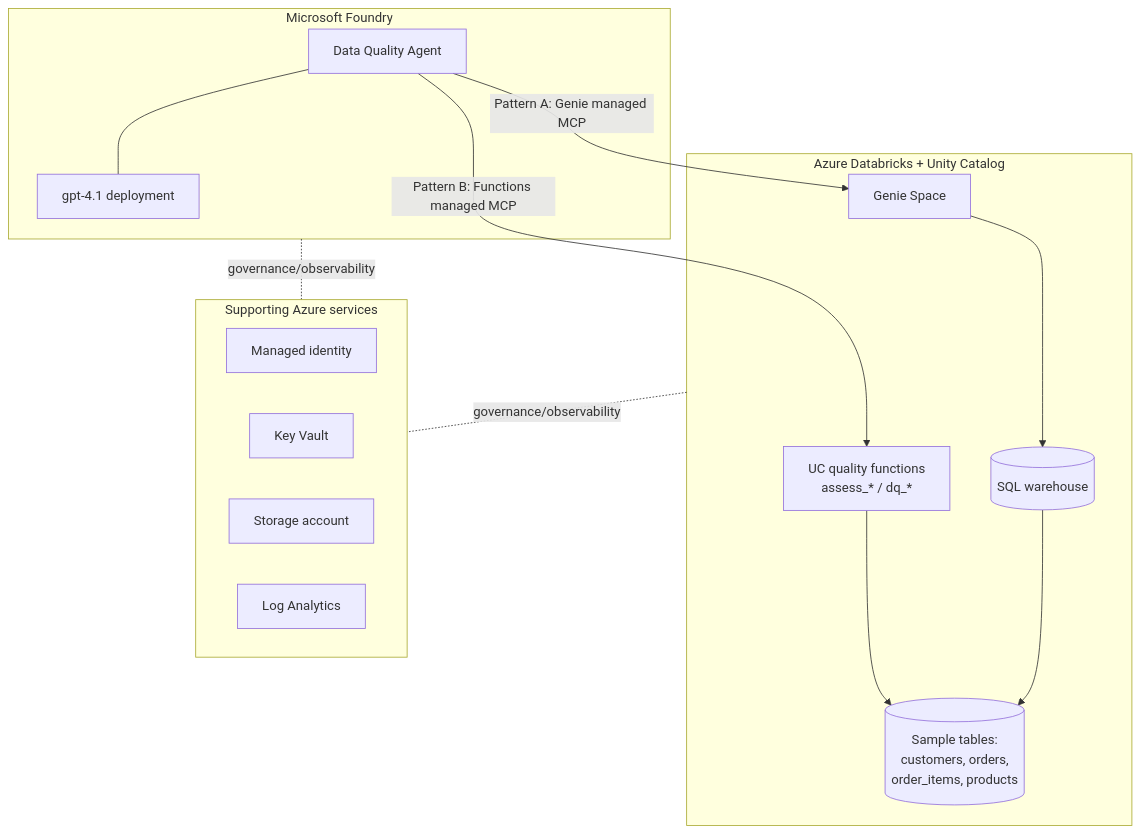
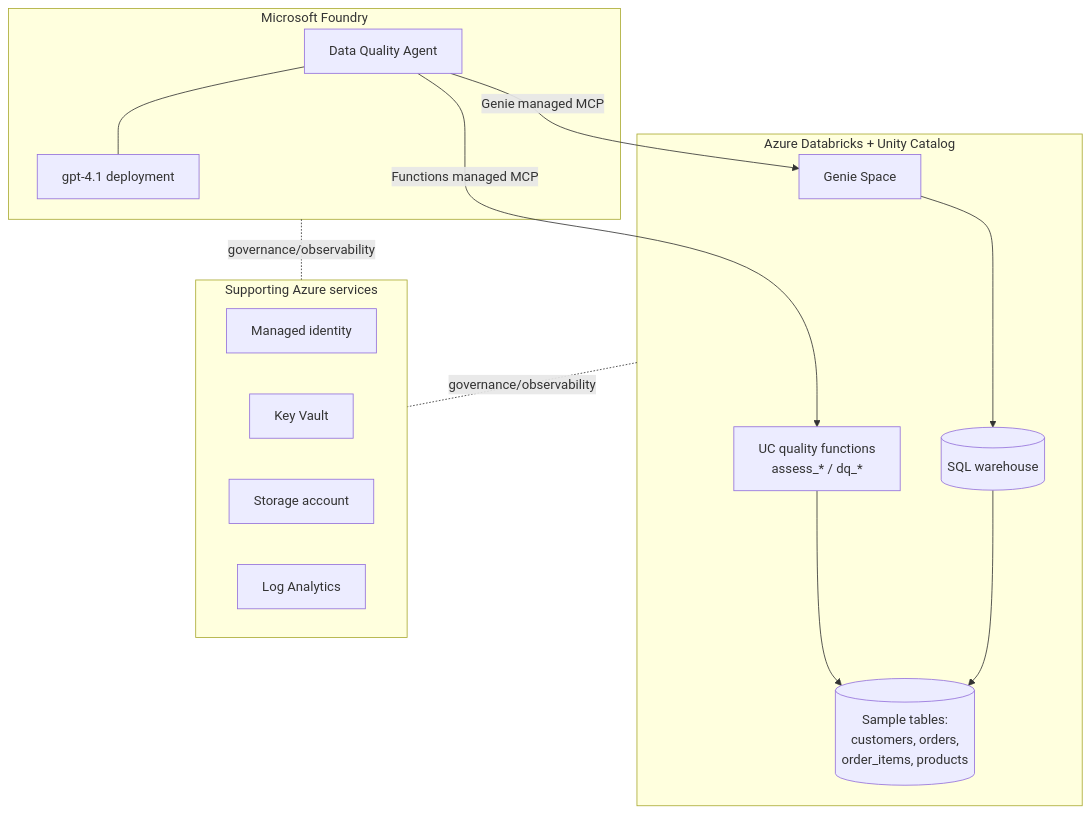
One commit to acworkma/foundry-databricks changed the diagram in docs/architecture.md. Above: the diagram before and after it, drawn with Mermaid. The commit also changed other lines of this file and 17 other files, not shown here.

````diff
--- a/docs/architecture.md
+++ b/docs/architecture.md
@@ -9,30 +9,30 @@
 ```mermaid
 flowchart TB
     subgraph Foundry[Microsoft Foundry]
         AG[Data Quality Agent]
         M[gpt-4.1 deployment]
         AG --- M
     end
 
     subgraph Databricks[Azure Databricks + Unity Catalog]
         GEN[Genie Space]
         FN[UC quality functions<br/>assess_* / dq_*]
         WH[(SQL warehouse)]
         UC[(Sample tables:<br/>customers, orders,<br/>order_items, products)]
         GEN --> WH --> UC
         FN --> UC
     end
 
-    AG -- Pattern A: Genie managed MCP --> GEN
-    AG -- Pattern B: Functions managed MCP --> FN
+    AG -- Genie managed MCP --> GEN
+    AG -- Functions managed MCP --> FN
 
     subgraph Platform[Supporting Azure services]
         MI[Managed identity]
         KV[Key Vault]
         ST[Storage account]
         LOG[Log Analytics]
     end
 
     Foundry -.governance/observability.- Platform
     Databricks -.governance/observability.- Platform
 ```
````
